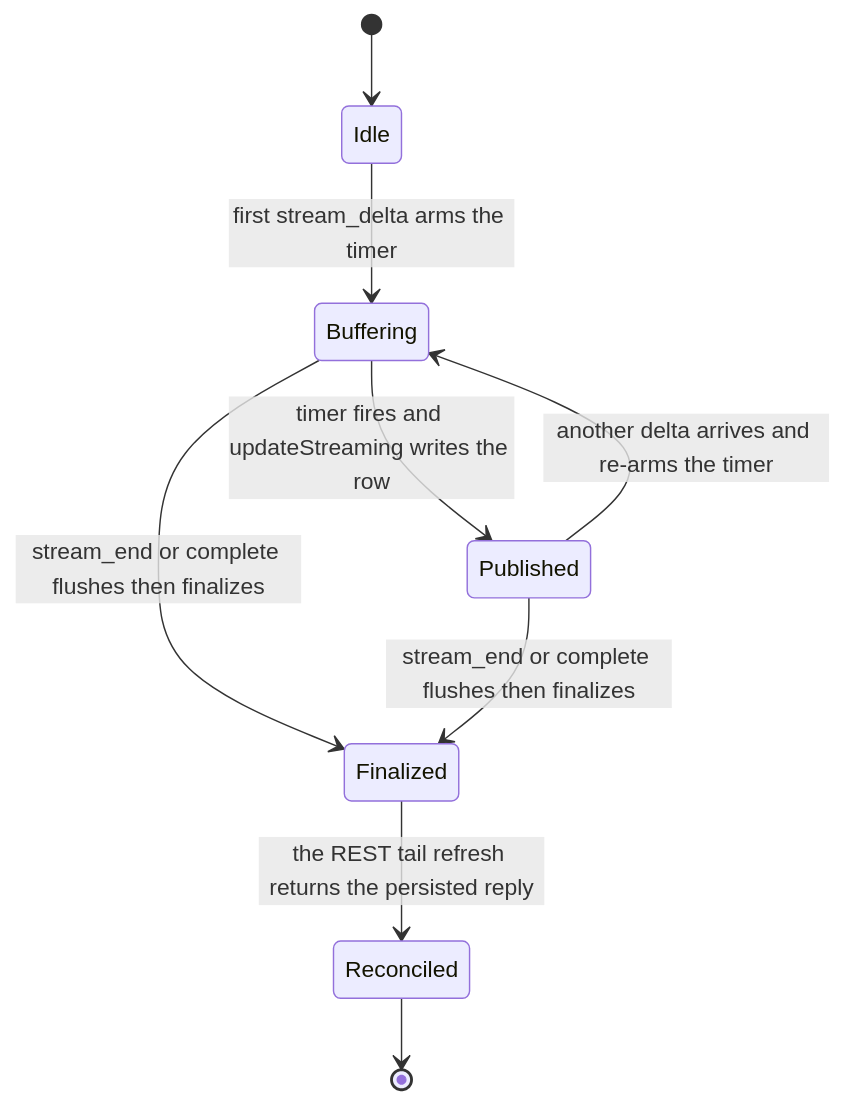
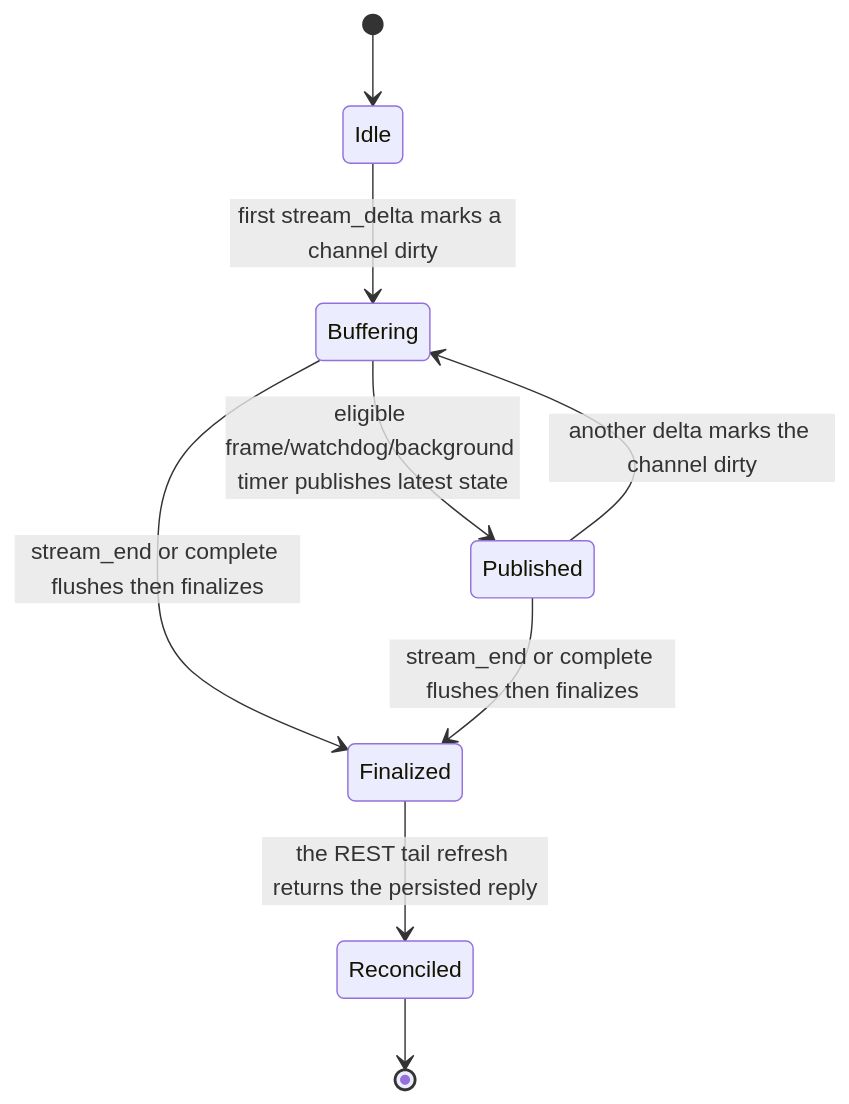
One commit to selierlin/cloudcli changed the third of 3 diagrams in docs/architecture/02-realtime-stream.md. Above: the diagram before and after it, drawn with Mermaid. The commit also changed other lines of this file and 15 other files, not shown here.

````diff
--- a/docs/architecture/02-realtime-stream.md
+++ b/docs/architecture/02-realtime-stream.md
@@ -255,11 +241,11 @@
 ```mermaid
 stateDiagram-v2
     [*] --> Idle
-    Idle --> Buffering: first stream_delta arms the timer
-    Buffering --> Published: timer fires and updateStreaming writes the row
-    Published --> Buffering: another delta arrives and re-arms the timer
+    Idle --> Buffering: first stream_delta marks a channel dirty
+    Buffering --> Published: eligible frame/watchdog/background timer publishes latest state
+    Published --> Buffering: another delta marks the channel dirty
     Buffering --> Finalized: stream_end or complete flushes then finalizes
     Published --> Finalized: stream_end or complete flushes then finalizes
     Finalized --> Reconciled: the REST tail refresh returns the persisted reply
     Reconciled --> [*]
 ```
````
